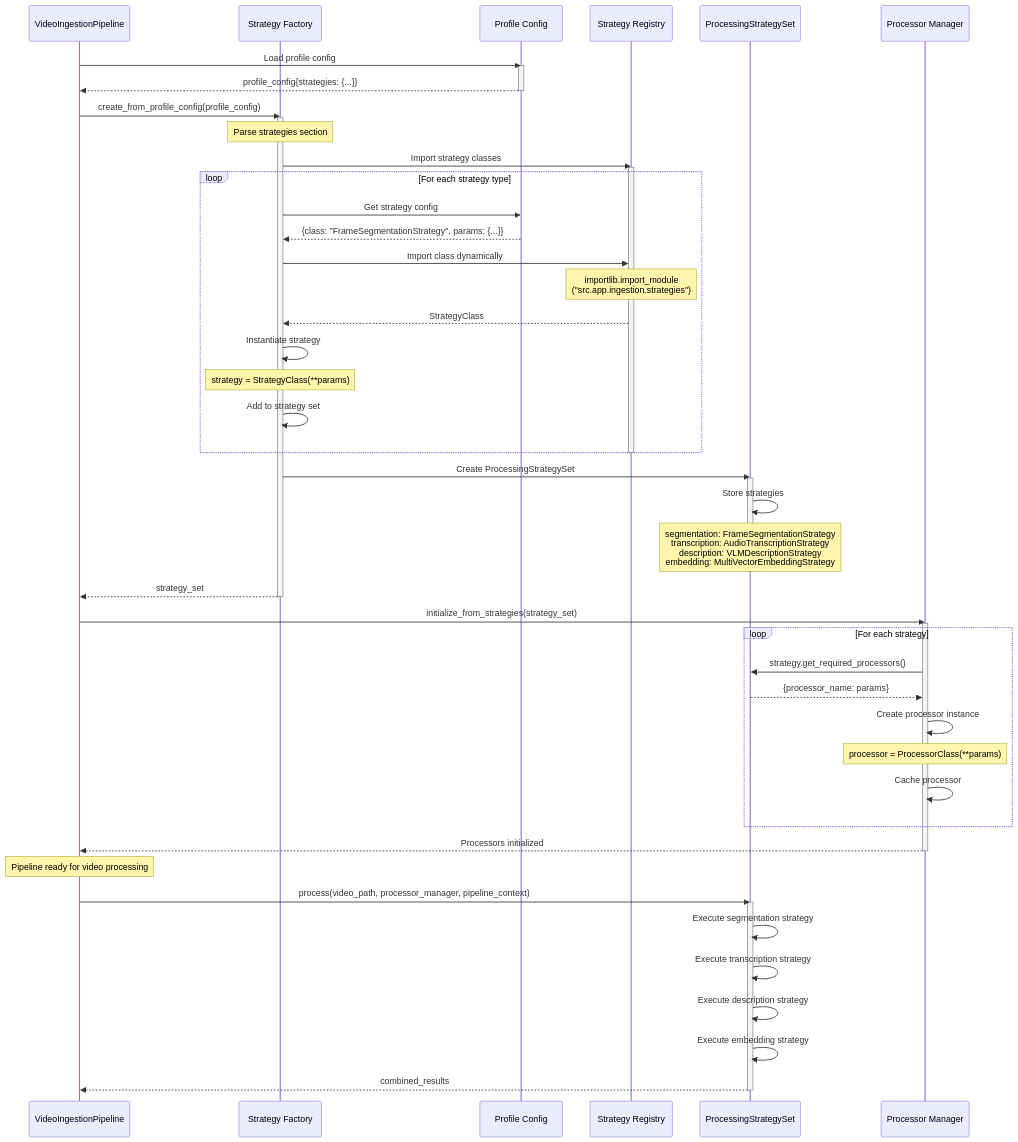
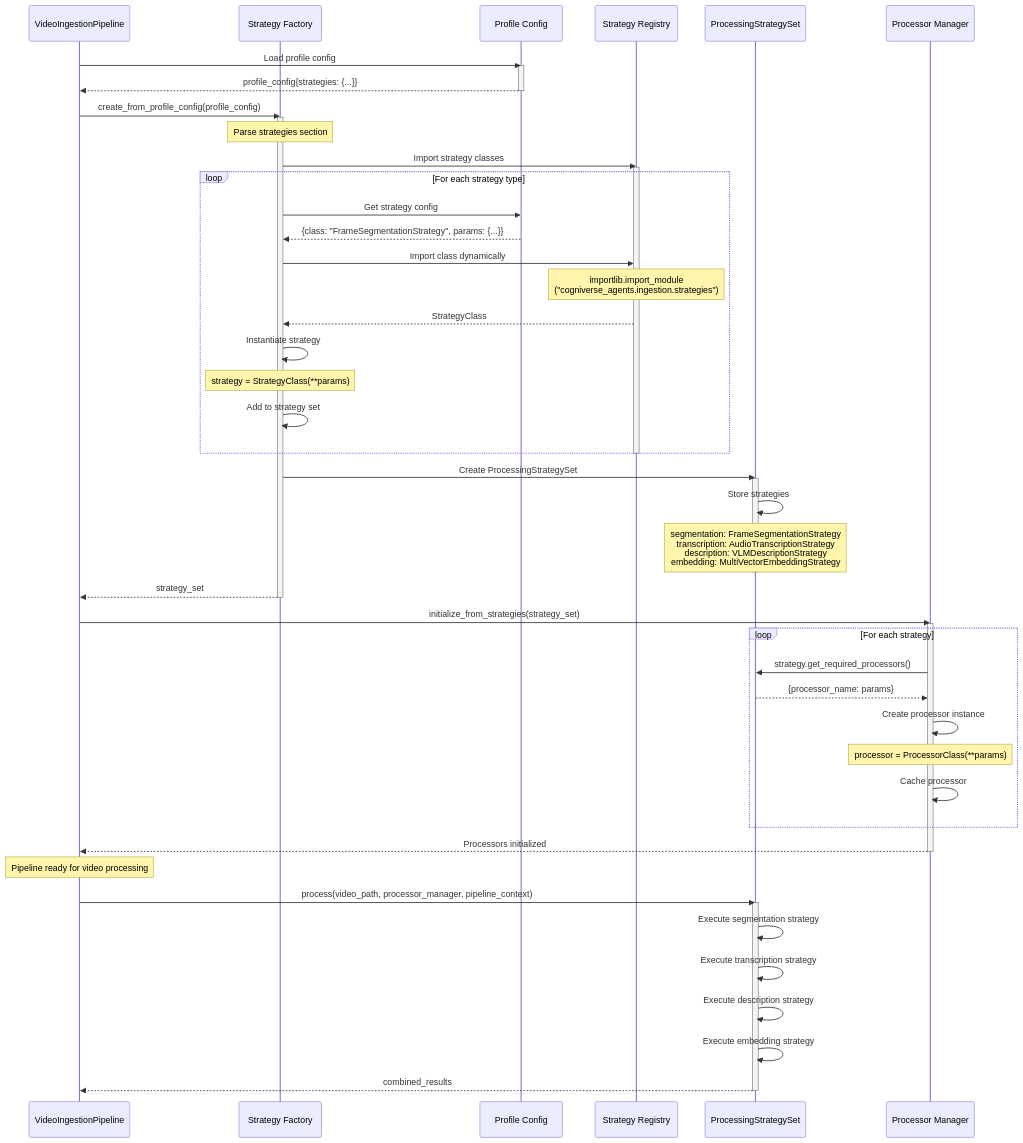
One commit to amit-jain/cogniverse changed the second of 5 diagrams in docs/modules/ingestion.md. Above: the diagram before and after it, drawn with Mermaid. The commit also changed other lines of this file and 25 other files, not shown here.

````diff
--- a/docs/modules/ingestion.md
+++ b/docs/modules/ingestion.md
@@ -165,77 +169,77 @@
 ```mermaid
 sequenceDiagram
     participant Pipeline as VideoIngestionPipeline
     participant Factory as Strategy Factory
     participant Config as Profile Config
     participant Registry as Strategy Registry
     participant StrategySet as ProcessingStrategySet
     participant ProcMgr as Processor Manager
 
     Pipeline->>Config: Load profile config
     activate Config
     Config-->>Pipeline: profile_config{strategies: {...}}
     deactivate Config
 
     Pipeline->>Factory: create_from_profile_config(profile_config)
     activate Factory
 
     Note over Factory: Parse strategies section
 
     Factory->>Registry: Import strategy classes
     activate Registry
 
     loop For each strategy type
         Factory->>Config: Get strategy config
         Config-->>Factory: {class: "FrameSegmentationStrategy", params: {...}}
 
         Factory->>Registry: Import class dynamically
-        Note over Registry: importlib.import_module<br/>("src.app.ingestion.strategies")
+        Note over Registry: importlib.import_module<br/>("cogniverse_agents.ingestion.strategies")
 
         Registry-->>Factory: StrategyClass
 
         Factory->>Factory: Instantiate strategy
         Note over Factory: strategy = StrategyClass(**params)
 
         Factory->>Factory: Add to strategy set
     end
 
     deactivate Registry
 
     Factory->>StrategySet: Create ProcessingStrategySet
     activate StrategySet
     StrategySet->>StrategySet: Store strategies
     Note over StrategySet: segmentation: FrameSegmentationStrategy<br/>transcription: AudioTranscriptionStrategy<br/>description: VLMDescriptionStrategy<br/>embedding: MultiVectorEmbeddingStrategy
     deactivate StrategySet
 
     Factory-->>Pipeline: strategy_set
     deactivate Factory
 
     Pipeline->>ProcMgr: initialize_from_strategies(strategy_set)
     activate ProcMgr
 
     loop For each strategy
         ProcMgr->>StrategySet: strategy.get_required_processors()
         StrategySet-->>ProcMgr: {processor_name: params}
 
         ProcMgr->>ProcMgr: Create processor instance
         Note over ProcMgr: processor = ProcessorClass(**params)
 
         ProcMgr->>ProcMgr: Cache processor
     end
 
     ProcMgr-->>Pipeline: Processors initialized
     deactivate ProcMgr
 
     Note over Pipeline: Pipeline ready for video processing
 
     Pipeline->>StrategySet: process(video_path, processor_manager, pipeline_context)
     activate StrategySet
 
     StrategySet->>StrategySet: Execute segmentation strategy
     StrategySet->>StrategySet: Execute transcription strategy
     StrategySet->>StrategySet: Execute description strategy
     StrategySet->>StrategySet: Execute embedding strategy
 
     StrategySet-->>Pipeline: combined_results
     deactivate StrategySet
 ```
````
